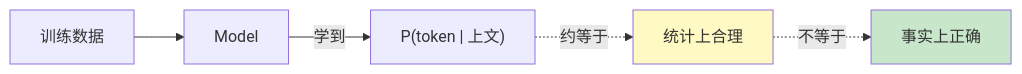
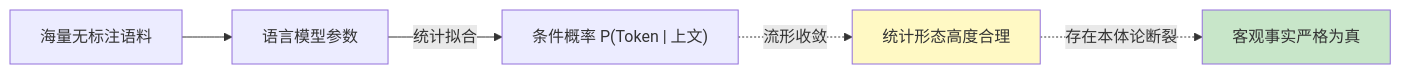
One commit to yingwang/thinking-in-llm changed the first of 7 diagrams in chapters/07-hallucination.md. Above: the diagram before and after it, drawn with Mermaid. The commit also changed other lines of this file and 31 other files, not shown here.

````diff
--- a/chapters/07-hallucination.md
+++ b/chapters/07-hallucination.md
@@ -57,10 +50,10 @@
 ```mermaid
 flowchart LR
-    Train["训练数据"] --> Model
-    Model -->|学到| Pattern["P(token | 上文)"]
-    Pattern -.->|"约等于"| Plausible["统计上合理"]
-    Plausible -.->|"不等于"| True["事实上正确"]
+    Train["海量无标注语料"] --> Model["语言模型参数"]
+    Model -->|统计拟合| Pattern["条件概率 P(Token | 上文)"]
+    Pattern -.->|"流形收敛"| Plausible["统计形态高度合理"]
+    Plausible -.->|"存在本体论断裂"| True["客观事实严格为真"]
     
     style Plausible fill:#fff9c4
     style True fill:#c8e6c9
 ```
````
